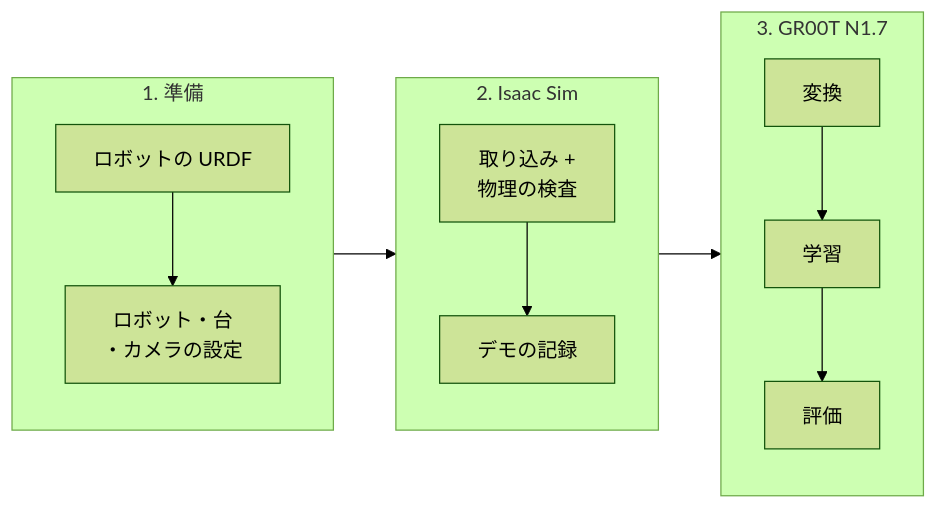
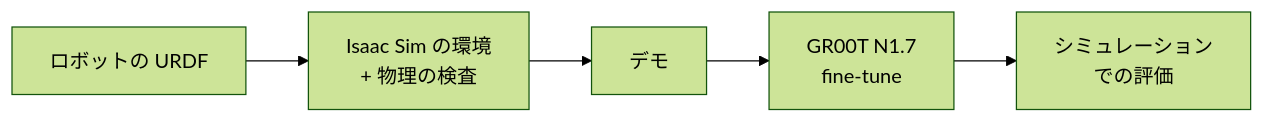
Before and after one commit to momoiorg-repository/urdf2vla: the diagram in docs/index.ja.md, drawn with Mermaid (forest theme). The commit also changed other lines of this file and 10 other files, not shown here.

````diff
--- a/docs/index.ja.md
+++ b/docs/index.ja.md
@@ -14,16 +30,4 @@
 ```mermaid
 flowchart LR
-  subgraph S1 [1. 準備]
-    direction TB
-    U[ロボットの URDF] --> C[ロボット・台<br/>・カメラの設定]
-  end
-  subgraph S2 [2. Isaac Sim]
-    direction TB
-    I[取り込み +<br/>物理の検査] --> R[デモの記録]
-  end
-  subgraph S3 [3. GR00T N1.7]
-    direction TB
-    V[変換] --> T[学習] --> E[評価]
-  end
-  S1 --> S2 --> S3
+  U[ロボットの URDF] --> S[Isaac Sim の環境<br/>+ 物理の検査] --> R[デモ] --> T[GR00T N1.7<br/>fine-tune] --> E[シミュレーション<br/>での評価]
 ```
````
